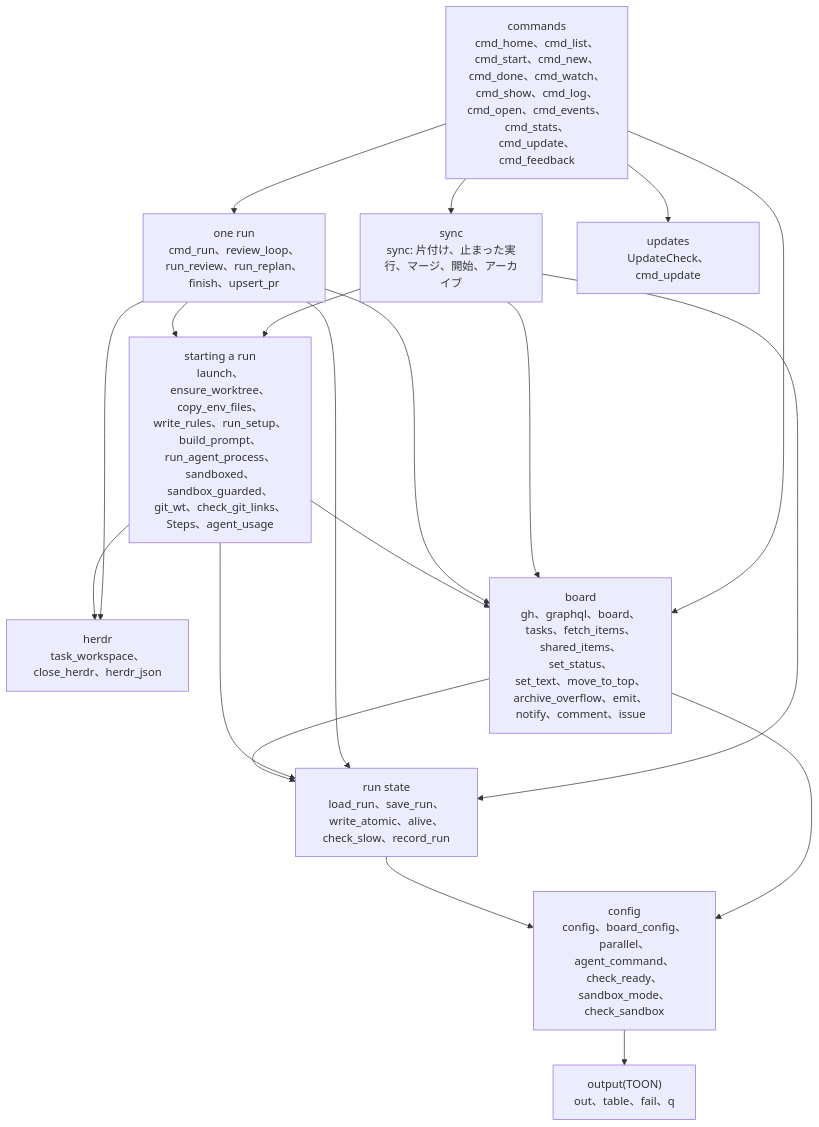
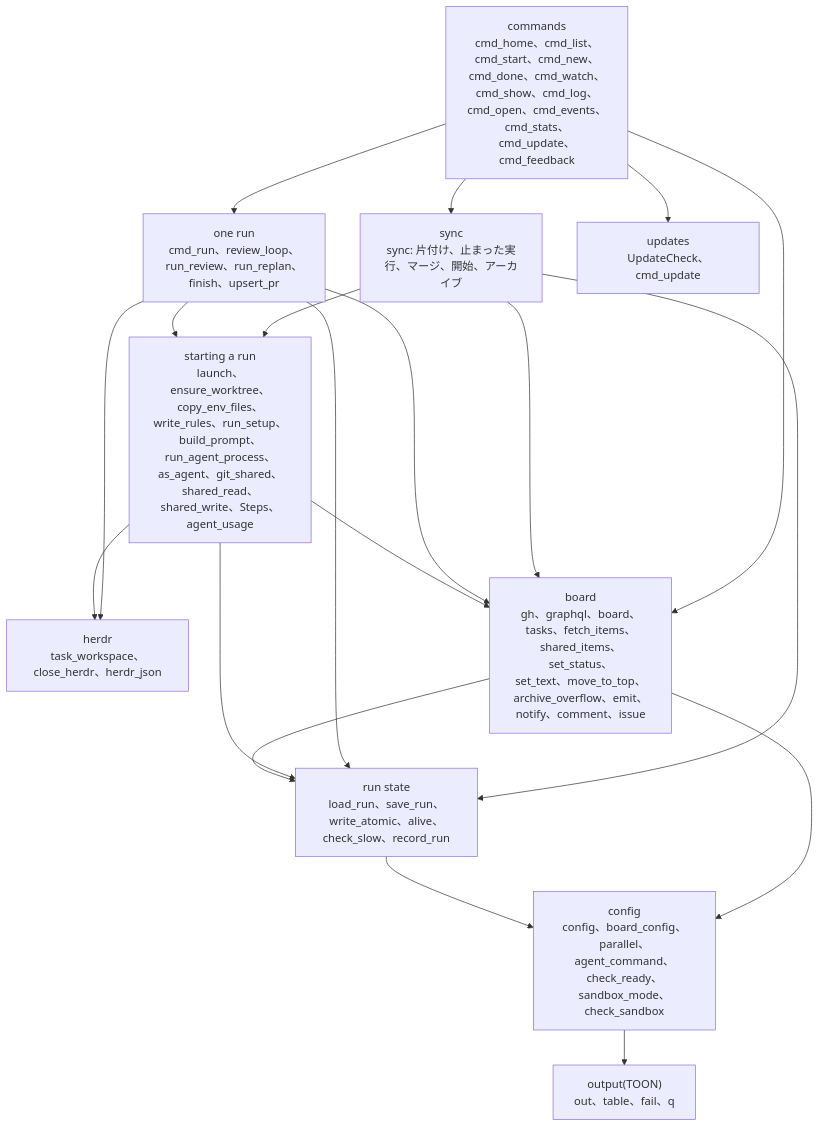
Before and after one commit to jyoka/task-hub: the first of 7 diagrams in docs/architecture/lld.md, drawn with Mermaid. The commit also changed other lines of this file and 7 other files, not shown here.

````diff
--- a/docs/architecture/lld.md
+++ b/docs/architecture/lld.md
@@ -11,32 +11,32 @@
 ```mermaid
 flowchart TB
     commands["commands<br/>cmd_home、cmd_list、cmd_start、cmd_new、cmd_done、cmd_watch、<br/>cmd_show、cmd_log、cmd_open、cmd_events、cmd_stats、cmd_update、cmd_feedback"]
     sync["sync<br/>sync: 片付け、止まった実行、マージ、開始、アーカイブ"]
     runone["one run<br/>cmd_run、review_loop、run_review、run_replan、finish、upsert_pr"]
-    start["starting a run<br/>launch、ensure_worktree、copy_env_files、write_rules、run_setup、build_prompt、<br/>run_agent_process、sandboxed、sandbox_guarded、git_wt、check_git_links、Steps、agent_usage"]
+    start["starting a run<br/>launch、ensure_worktree、copy_env_files、write_rules、run_setup、build_prompt、<br/>run_agent_process、as_agent、git_shared、shared_read、shared_write、Steps、agent_usage"]
     herdr["herdr<br/>task_workspace、close_herdr、herdr_json"]
     runstate["run state<br/>load_run、save_run、write_atomic、alive、check_slow、record_run"]
     boardl["board<br/>gh、graphql、board、tasks、fetch_items、shared_items、set_status、<br/>set_text、move_to_top、archive_overflow、emit、notify、comment、issue"]
     config["config<br/>config、board_config、parallel、agent_command、check_ready、sandbox_mode、check_sandbox"]
     output["output(TOON)<br/>out、table、fail、q"]
     updates["updates<br/>UpdateCheck、cmd_update"]
 
     commands --> sync
     commands --> runone
     commands --> boardl
     commands --> updates
     sync --> start
     sync --> boardl
     sync --> runstate
     runone --> start
     runone --> boardl
     runone --> runstate
     runone --> herdr
     start --> herdr
     start --> runstate
     start --> boardl
     boardl --> runstate
     boardl --> config
     runstate --> config
     config --> output
 ```
````
